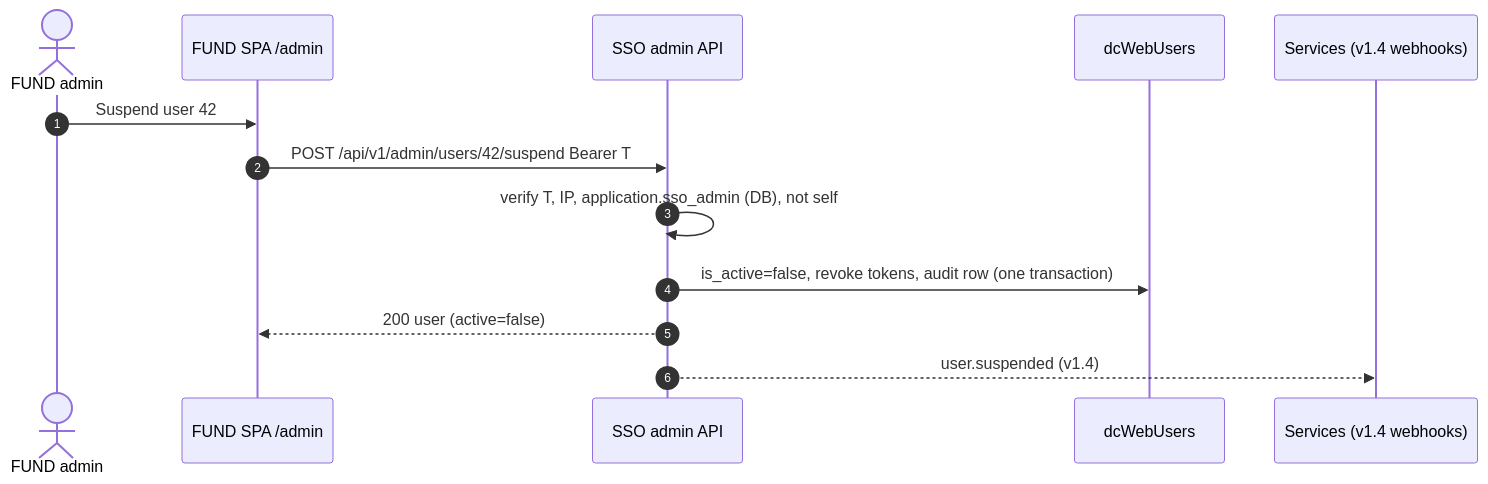
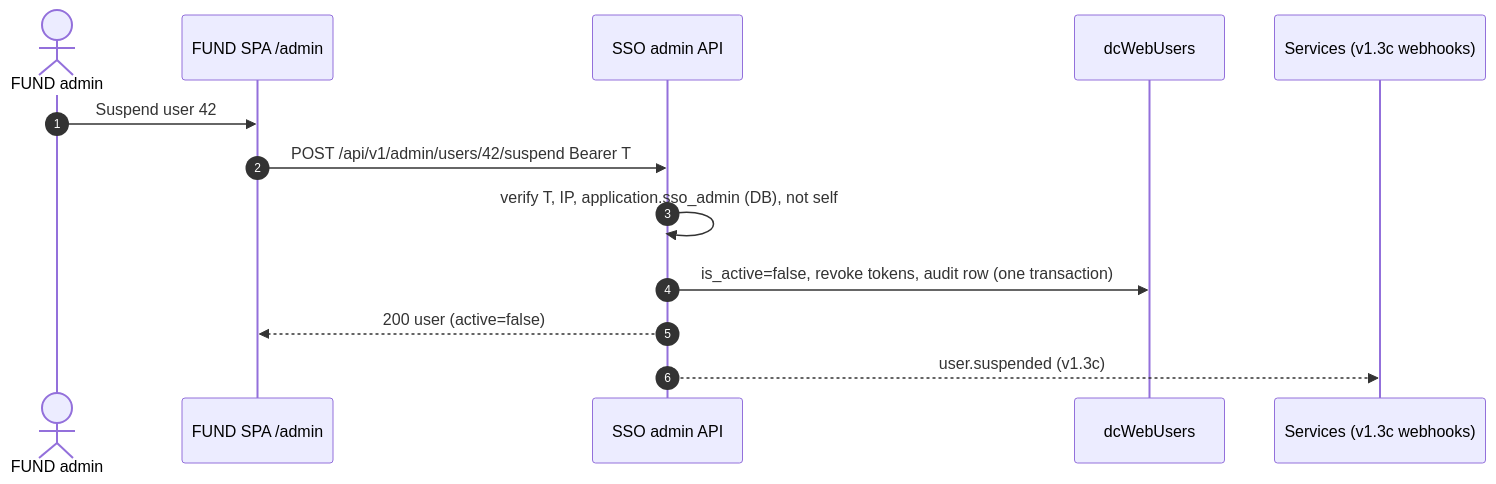
One commit to Neural-Matrix-LLC/SSO-server changed diagram 14 of 17 in docs/ECOSYSTEM-INTEGRATION.md. Above: the diagram before and after it, drawn with Mermaid. The commit also changed other lines of this file and 8 other files, not shown here.

````diff
--- a/docs/ECOSYSTEM-INTEGRATION.md
+++ b/docs/ECOSYSTEM-INTEGRATION.md
@@ -766,15 +771,15 @@
 ```mermaid
 sequenceDiagram
   autonumber
   actor A as FUND admin
   participant SPA as FUND SPA /admin
   participant SSO as SSO admin API
   participant DB as dcWebUsers
-  participant SV as Services (v1.4 webhooks)
+  participant SV as Services (v1.3c webhooks)
   A->>SPA: Suspend user 42
   SPA->>SSO: POST /api/v1/admin/users/42/suspend Bearer T
   SSO->>SSO: verify T, IP, application.sso_admin (DB), not self
   SSO->>DB: is_active=false, revoke tokens, audit row (one transaction)
   SSO-->>SPA: 200 user (active=false)
-  SSO-->>SV: user.suspended (v1.4)
+  SSO-->>SV: user.suspended (v1.3c)
 ```
````
